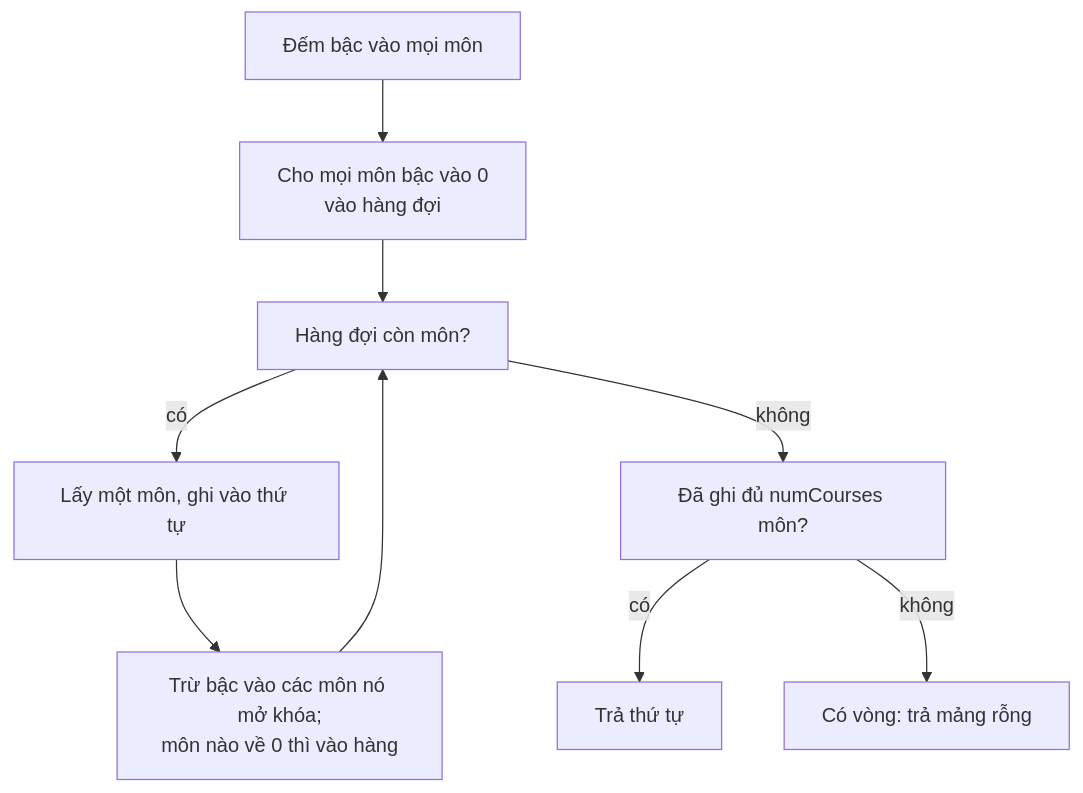
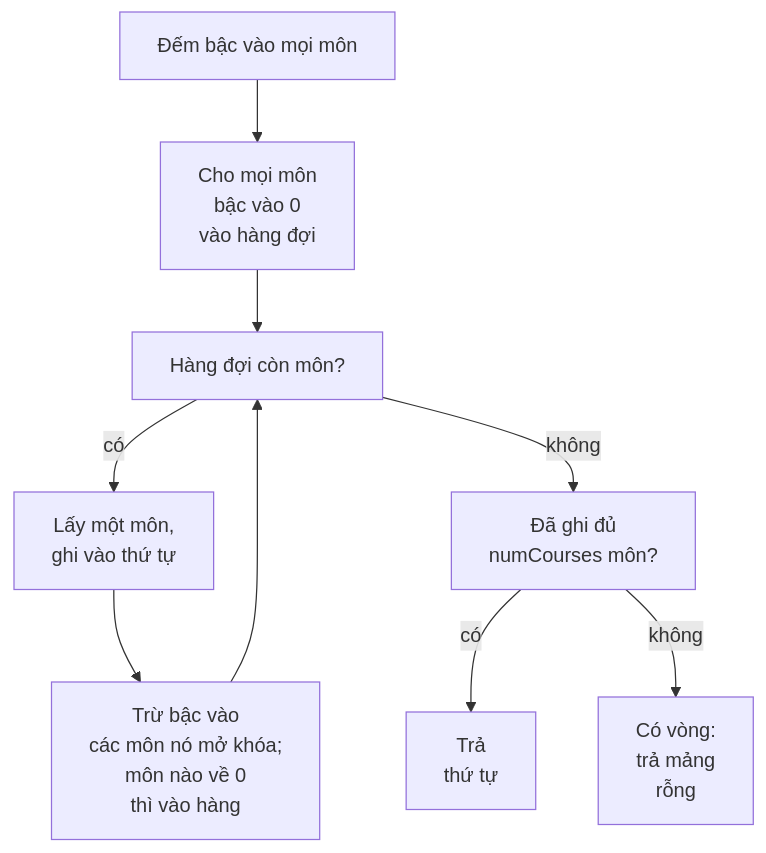
Before and after one commit to duongbui234/software-engineering-atlas: the third of 4 diagrams in content/problems/course-schedule-ii.md, drawn with Mermaid. The commit also changed 134 other files, not shown here.

First line of the commit message:
Fit every Mermaid diagram at 390px without sideways scroll (#56)

````diff
--- a/content/problems/course-schedule-ii.md
+++ b/content/problems/course-schedule-ii.md
@@ -171,11 +171,11 @@
 ```mermaid
 flowchart TB
-  A["Đếm bậc vào mọi môn"] --> B["Cho mọi môn bậc vào 0<br/>vào hàng đợi"]
+  A["Đếm bậc vào mọi môn"] --> B["Cho mọi môn<br/>bậc vào 0<br/>vào hàng đợi"]
   B --> C["Hàng đợi còn môn?"]
-  C -- "có" --> D["Lấy một môn, ghi vào thứ tự"]
-  D --> E["Trừ bậc vào các môn nó mở khóa;<br/>môn nào về 0 thì vào hàng"]
+  C -- "có" --> D["Lấy một môn,<br/>ghi vào thứ tự"]
+  D --> E["Trừ bậc vào<br/>các môn nó mở khóa;<br/>môn nào về 0<br/>thì vào hàng"]
   E --> C
-  C -- "không" --> F["Đã ghi đủ numCourses môn?"]
-  F -- "có" --> G["Trả thứ tự"]
-  F -- "không" --> H["Có vòng: trả mảng rỗng"]
+  C -- "không" --> F["Đã ghi đủ<br/>numCourses môn?"]
+  F -- "có" --> G["Trả<br/>thứ tự"]
+  F -- "không" --> H["Có vòng:<br/>trả mảng<br/>rỗng"]
 ```
````
